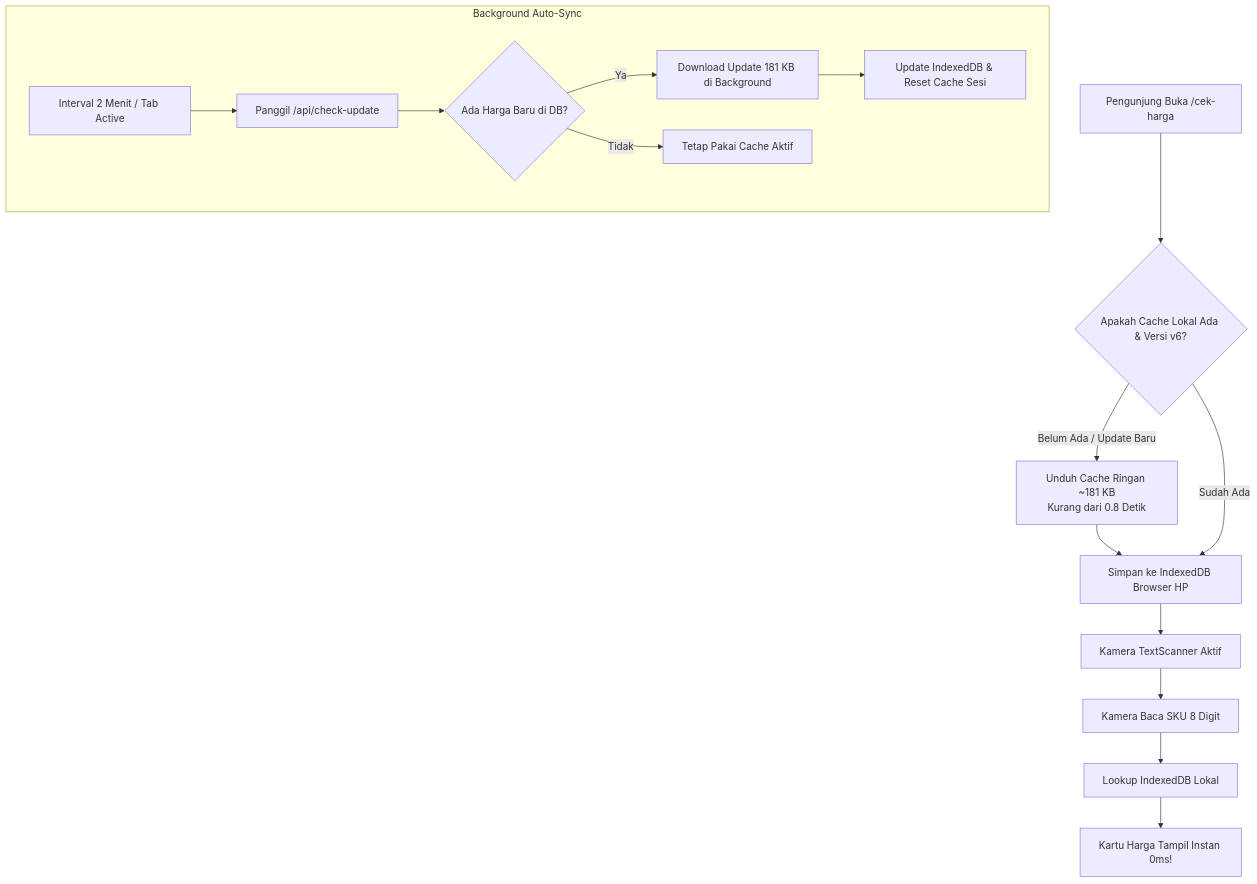
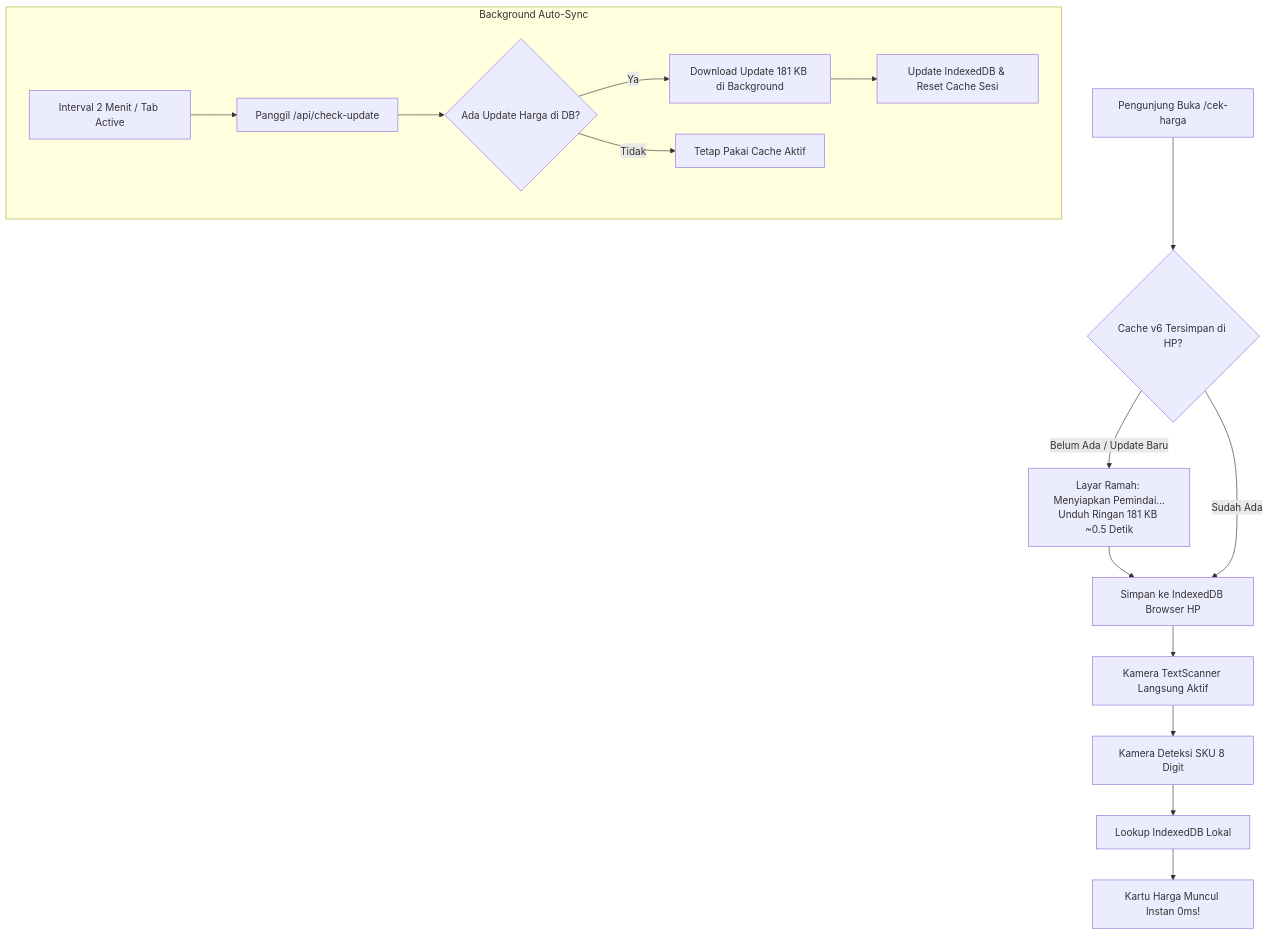
One commit to luqmanmenmen/CheckPrice changed the diagram in WALKTHROUGH_KIOSK.md. Above: the diagram before and after it, drawn with Mermaid. The commit also changed other lines of this file, not shown here.

````diff
--- a/WALKTHROUGH_KIOSK.md
+++ b/WALKTHROUGH_KIOSK.md
@@ -20,19 +26,19 @@
 ```mermaid
 flowchart TD
-    A[Pengunjung Buka /cek-harga] --> B{Apakah Cache Lokal Ada & Versi v6?}
-    B -- Belum Ada / Update Baru --> C[Unduh Cache Ringan ~181 KB\nKurang dari 0.8 Detik]
+    A[Pengunjung Buka /cek-harga] --> B{Cache v6 Tersimpan di HP?}
+    B -- Belum Ada / Update Baru --> C[Layar Ramah: Menyiapkan Pemindai...\nUnduh Ringan 181 KB ~0.5 Detik]
     C --> D[Simpan ke IndexedDB Browser HP]
     B -- Sudah Ada --> D
-    D --> E[Kamera TextScanner Aktif]
-    E --> F[Kamera Baca SKU 8 Digit]
+    D --> E[Kamera TextScanner Langsung Aktif]
+    E --> F[Kamera Deteksi SKU 8 Digit]
     F --> G[Lookup IndexedDB Lokal]
-    G --> H[Kartu Harga Tampil Instan 0ms!]
+    G --> H[Kartu Harga Muncul Instan 0ms!]
     
     subgraph Background Auto-Sync
         I[Interval 2 Menit / Tab Active] --> J[Panggil /api/check-update]
-        J --> K{Ada Harga Baru di DB?}
+        J --> K{Ada Update Harga di DB?}
         K -- Ya --> L[Download Update 181 KB di Background]
         L --> M[Update IndexedDB & Reset Cache Sesi]
         K -- Tidak --> N[Tetap Pakai Cache Aktif]
     end
 ```
````
